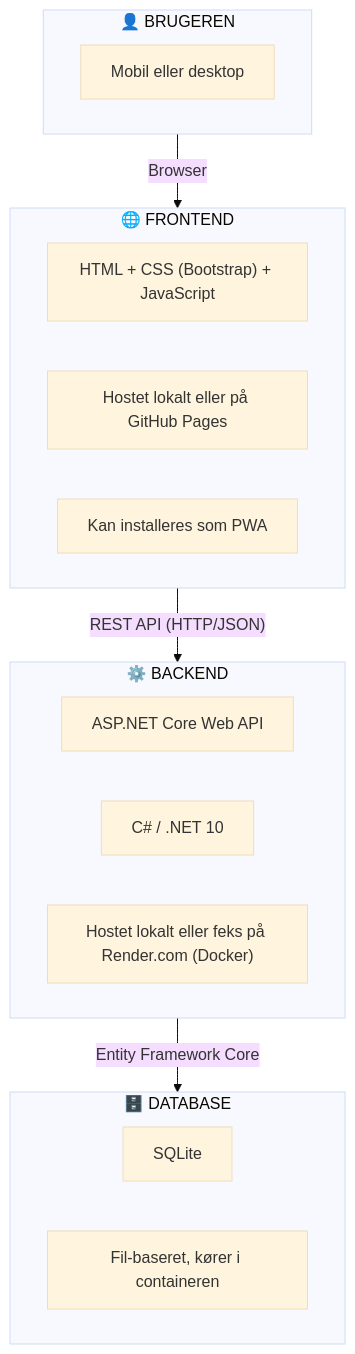
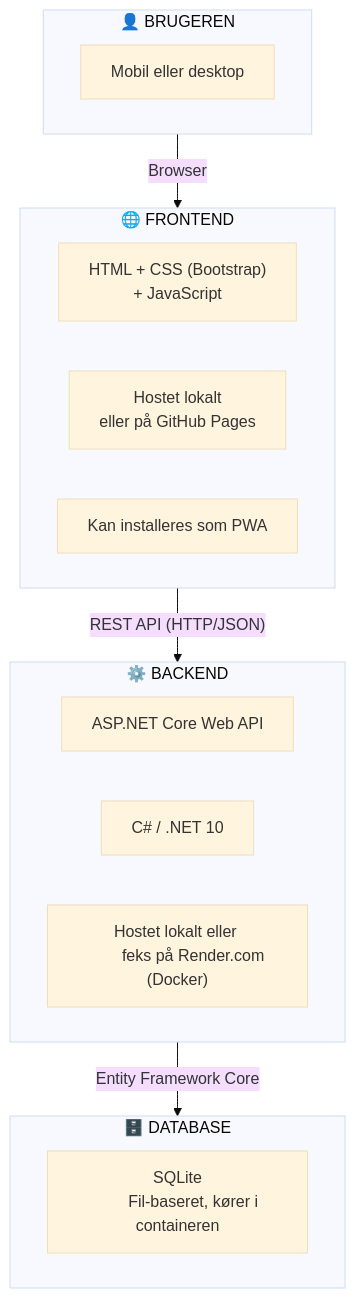
The first of 2 diagrams in docs/overblik.md (devcronberg/Northwind.App.Kursus), drawn with Mermaid (base theme) before and after one commit. The commit also changed other lines of this file and 7 other files, not shown here.

````diff
--- a/docs/overblik.md
+++ b/docs/overblik.md
@@ -17,31 +57,35 @@
 ```mermaid
 flowchart TB
     subgraph USER["👤 BRUGEREN"]
         direction LR
         U1["Mobil eller desktop"]
     end
     
     subgraph FRONTEND["🌐 FRONTEND"]
         direction LR
-        F1["HTML + CSS (Bootstrap) + JavaScript"]
-        F2["Hostet lokalt eller på GitHub Pages"]
+        F1["HTML + CSS (Bootstrap) 
+        + JavaScript"]
+        F2["Hostet lokalt 
+        eller på GitHub Pages"]
         F3["Kan installeres som PWA"]
     end
     
     subgraph BACKEND["⚙️ BACKEND"]
         direction LR
         B1["ASP.NET Core Web API"]
         B2["C# / .NET 10"]
-        B3["Hostet lokalt eller feks på Render.com (Docker)"]
+        B3["Hostet lokalt eller 
+        feks på Render.com (Docker)"]
     end
     
     subgraph DATABASE["🗄️ DATABASE"]
         direction LR
-        D1["SQLite"]
-        D2["Fil-baseret, kører i containeren"]
+        D1["SQLite
+        Fil-baseret, kører i containeren"]
+        
     end
     
     USER -->|"Browser"| FRONTEND
     FRONTEND -->|"REST API (HTTP/JSON)"| BACKEND
     BACKEND -->|"Entity Framework Core"| DATABASE
 ```
````
